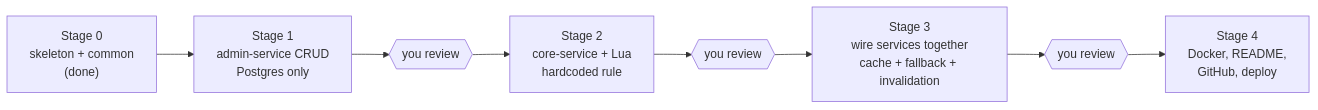
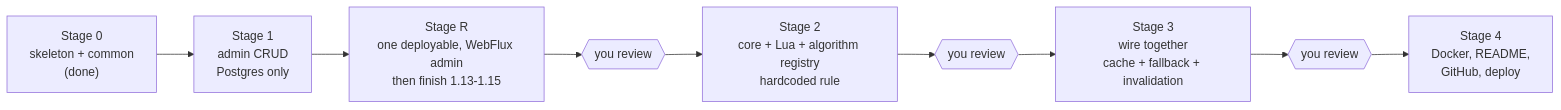
One commit to adityathakur10/rate-limiter-service changed the fourth of 4 diagrams in PLAN.md. Above: the diagram before and after it, drawn with Mermaid. The commit also changed other lines of this file and 26 other files, not shown here.

Commit message:
admin flow completed

````diff
--- a/PLAN.md
+++ b/PLAN.md
@@ -79,12 +85,13 @@
 ```mermaid
 flowchart LR
     s0["Stage 0<br/>skeleton + common<br/>(done)"]
-    s1["Stage 1<br/>admin-service CRUD<br/>Postgres only"]
-    s2["Stage 2<br/>core-service + Lua<br/>hardcoded rule"]
-    s3["Stage 3<br/>wire services together<br/>cache + fallback + invalidation"]
+    s1["Stage 1<br/>admin CRUD<br/>Postgres only"]
+    sr["Stage R<br/>one deployable, WebFlux admin<br/>then finish 1.13-1.15"]
+    s2["Stage 2<br/>core + Lua + algorithm registry<br/>hardcoded rule"]
+    s3["Stage 3<br/>wire together<br/>cache + fallback + invalidation"]
     s4["Stage 4<br/>Docker, README,<br/>GitHub, deploy"]
     g1{{"you review"}}
     g2{{"you review"}}
     g3{{"you review"}}
-    s0 --> s1 --> g1 --> s2 --> g2 --> s3 --> g3 --> s4
+    s0 --> s1 --> sr --> g1 --> s2 --> g2 --> s3 --> g3 --> s4
 ```
````
